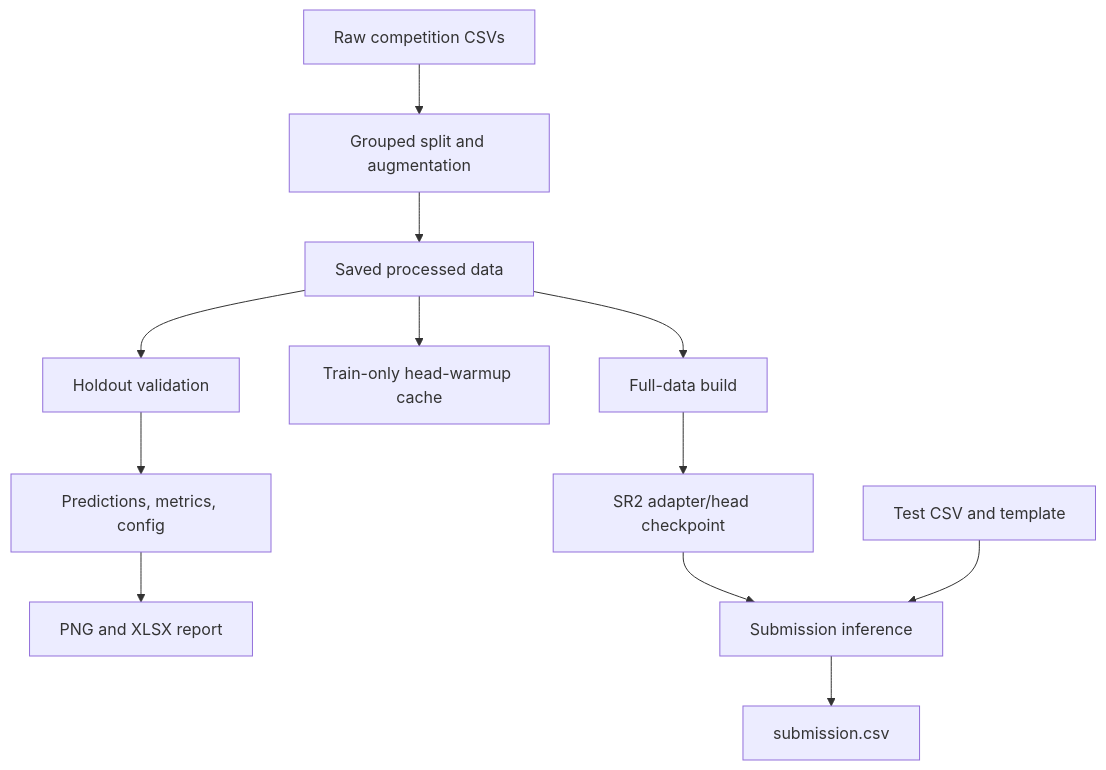
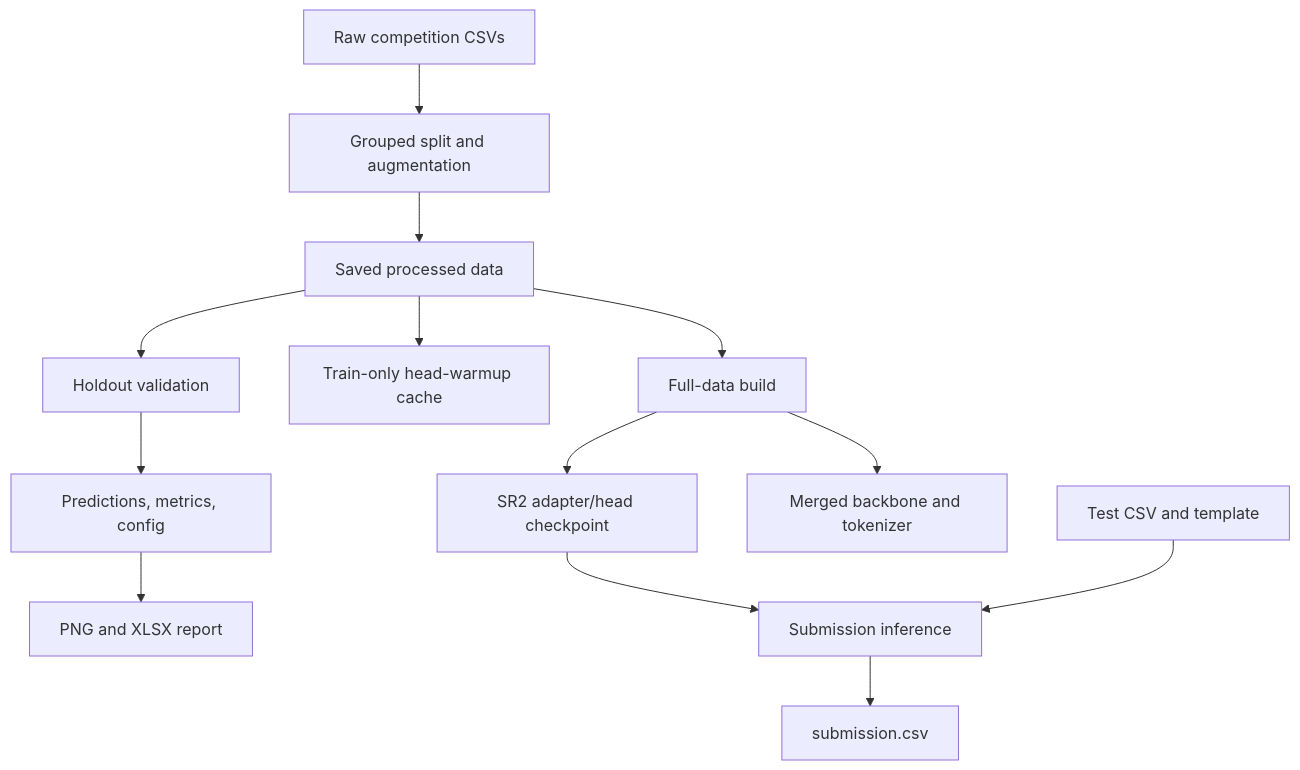
The diagram in structure.md (Esxyko/llm-classification-finetuning), drawn with Mermaid before and after one commit. The commit also changed other lines of this file and 12 other files, not shown here.

````diff
--- a/structure.md
+++ b/structure.md
@@ -26,14 +26,15 @@
 ```mermaid
 flowchart TD
     Raw["Raw competition CSVs"] --> Prep["Grouped split and augmentation"]
     Prep --> Data["Saved processed data"]
     Data --> Validate["Holdout validation"]
     Data --> Warmup["Train-only head-warmup cache"]
     Data --> Build["Full-data build"]
     Validate --> Run["Predictions, metrics, config"]
     Run --> Report["PNG and XLSX report"]
     Build --> Checkpoint["SR2 adapter/head checkpoint"]
+    Build --> Merged["Merged backbone and tokenizer"]
     Checkpoint --> Submit["Submission inference"]
     Test["Test CSV and template"] --> Submit
     Submit --> CSV["submission.csv"]
 ```
````
